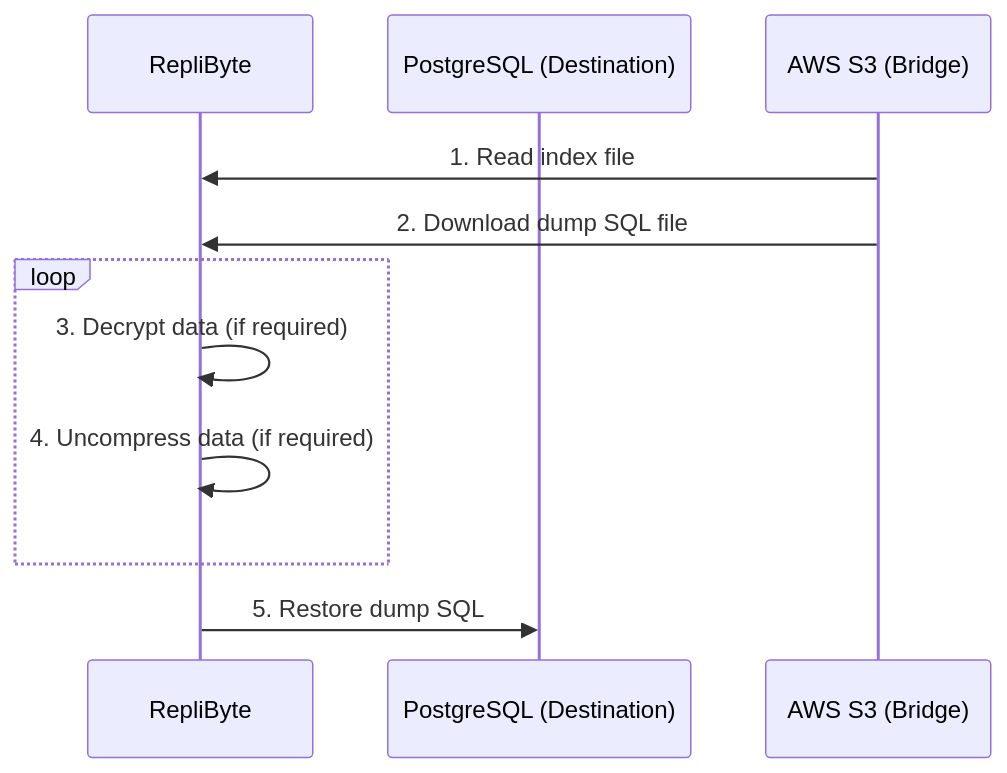
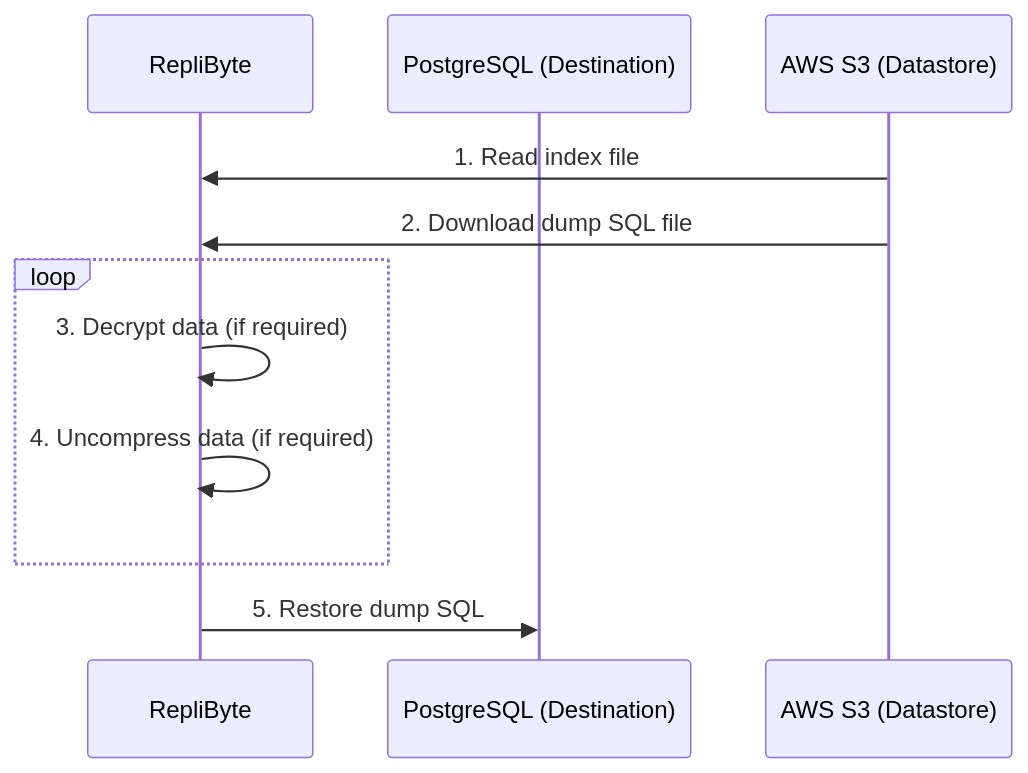
Before and after one commit to Qovery/Replibyte: the second of 2 diagrams in website/docs/how-replibyte-works.md, drawn with Mermaid. The commit also changed other lines of this file and 18 other files, not shown here.

````diff
--- a/website/docs/how-replibyte-works.md
+++ b/website/docs/how-replibyte-works.md
@@ -36,13 +45,13 @@
 ```mermaid
 sequenceDiagram
     participant RepliByte
     participant PostgreSQL (Destination)
-    participant AWS S3 (Bridge)
-    AWS S3 (Bridge)->>RepliByte: 1. Read index file
-    AWS S3 (Bridge)->>RepliByte: 2. Download dump SQL file
+    participant AWS S3 (Datastore)
+    AWS S3 (Datastore)->>RepliByte: 1. Read index file
+    AWS S3 (Datastore)->>RepliByte: 2. Download dump SQL file
     loop
         RepliByte->>RepliByte: 3. Decrypt data (if required)
         RepliByte->>RepliByte: 4. Uncompress data (if required)
     end
     RepliByte->>PostgreSQL (Destination): 5. Restore dump SQL
 ```
````
